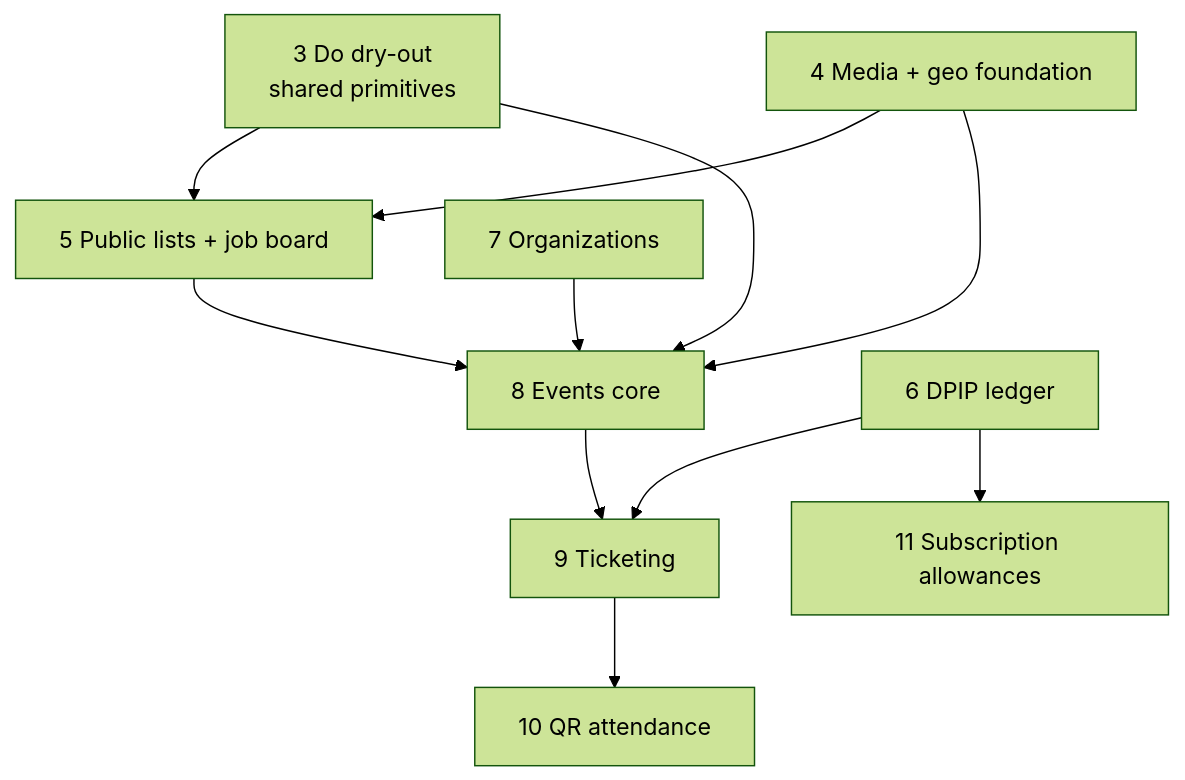
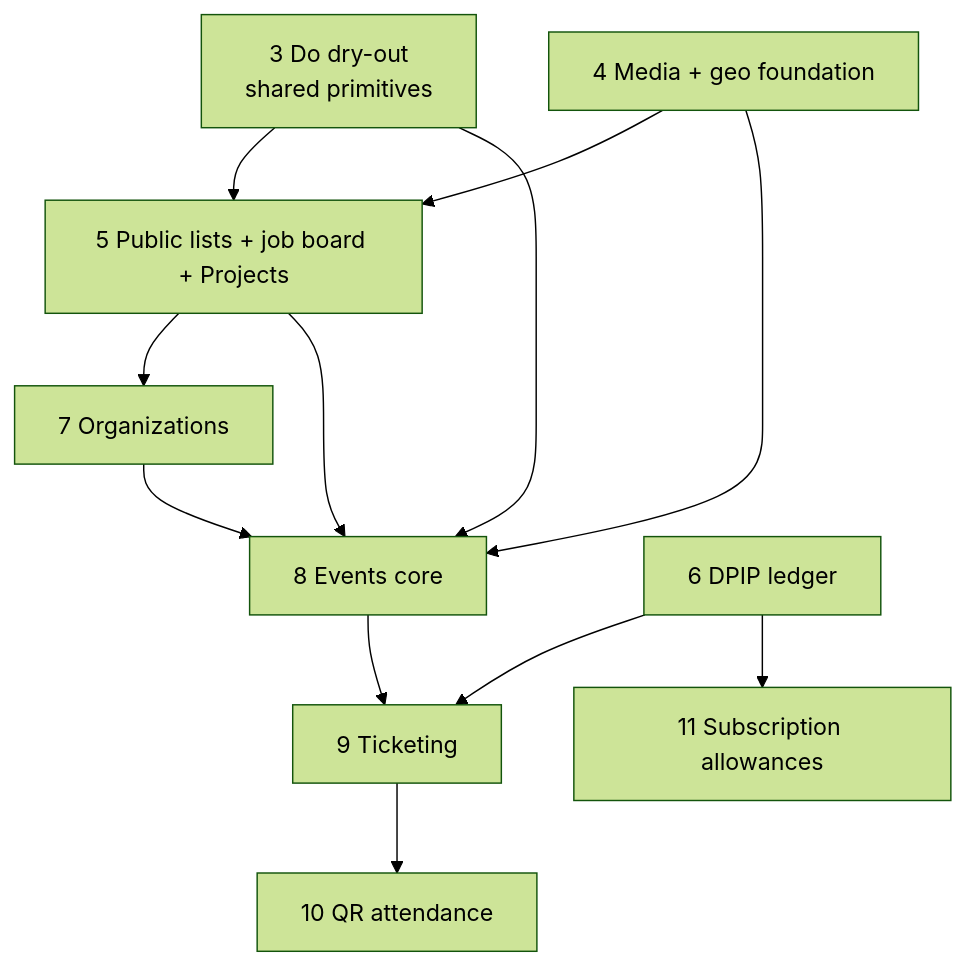
The diagram in docs/plans/README.md (dupipcom/morpheus), drawn with Mermaid (forest theme) before and after one commit. The commit also changed other lines of this file and 189 other files, not shown here.

First line of the commit message:
feat(be): public list profiles + job board + Projects + task deep links (phase 5) (#491)

````diff
--- a/docs/plans/README.md
+++ b/docs/plans/README.md
@@ -26,13 +26,14 @@
 ```mermaid
 graph TD
-  P3[3 Do dry-out<br/>shared primitives] --> P5[5 Public lists + job board]
+  P3[3 Do dry-out<br/>shared primitives] --> P5[5 Public lists + job board + Projects]
   P4[4 Media + geo foundation] --> P5
   P4 --> P8[8 Events core]
   P3 --> P8
+  P5 --> P7[7 Organizations]
   P6[6 DPIP ledger] --> P9[9 Ticketing]
   P6 --> P11[11 Subscription allowances]
-  P7[7 Organizations] --> P8
+  P7 --> P8
   P8 --> P9
   P9 --> P10[10 QR attendance]
   P5 --> P8
 ```
````
